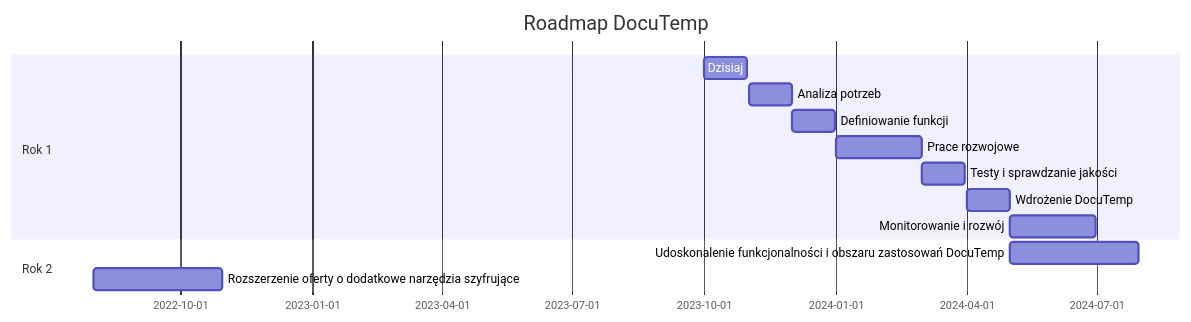
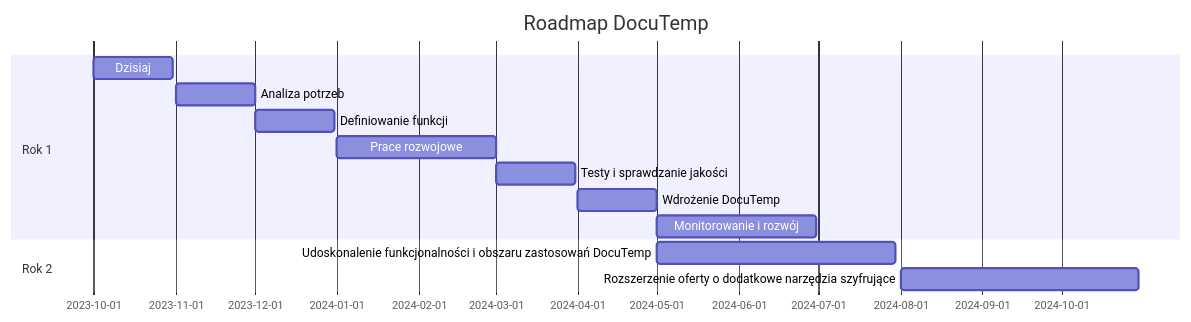
Before and after one commit to docutemp/docs: the first of 2 diagrams in README.md, drawn with Mermaid.

````diff
--- a/README.md
+++ b/README.md
@@ -273,17 +273,17 @@
 ```mermaid
 gantt
   title Roadmap DocuTemp
   
   section Rok 1
   Dzisiaj: 2023-10-01, 30d
   Analiza potrzeb: 2023-11-01, 30d
   Definiowanie funkcji: 2023-12-01, 30d
   Prace rozwojowe: 2024-01-01, 60d
   Testy i sprawdzanie jakości: 2024-03-01, 30d
   Wdrożenie DocuTemp: 2024-04-01, 30d
   Monitorowanie i rozwój: 2024-05-01, 60d
   
   section Rok 2
   Udoskonalenie funkcjonalności i obszaru zastosowań DocuTemp: 2024-5-01, 90d
-  Rozszerzenie oferty o dodatkowe narzędzia szyfrujące: 2022-08-01, 90d
+  Rozszerzenie oferty o dodatkowe narzędzia szyfrujące: 2024-08-01, 90d
 ```
````
